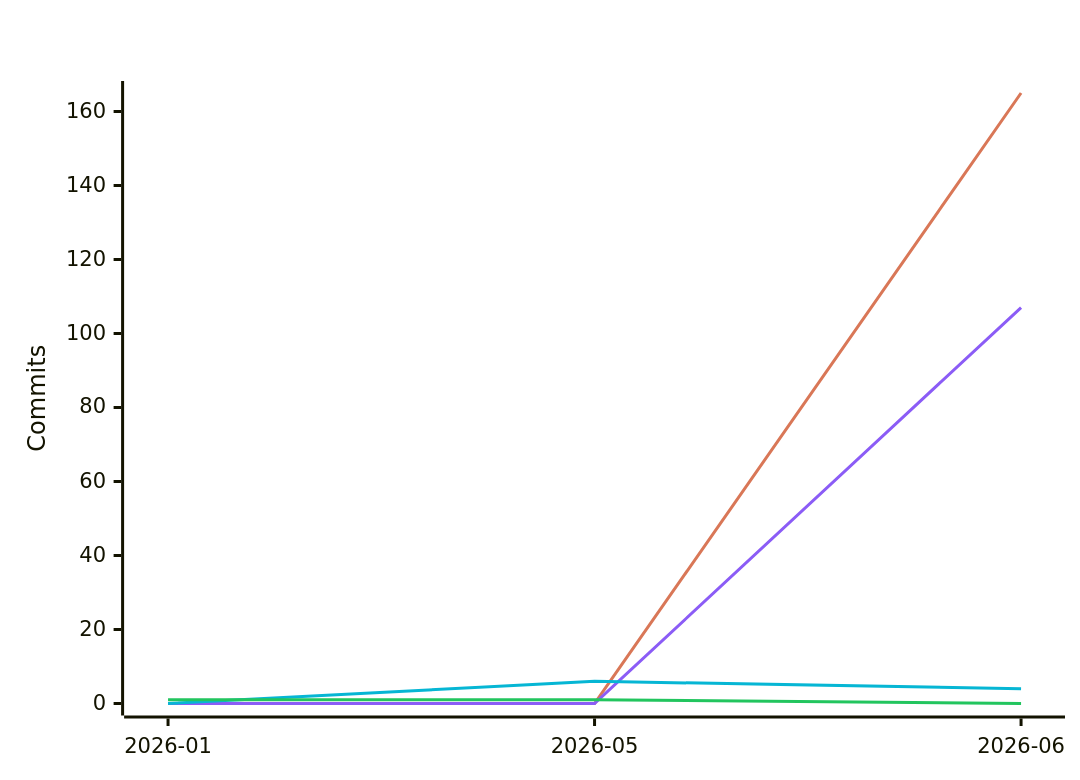
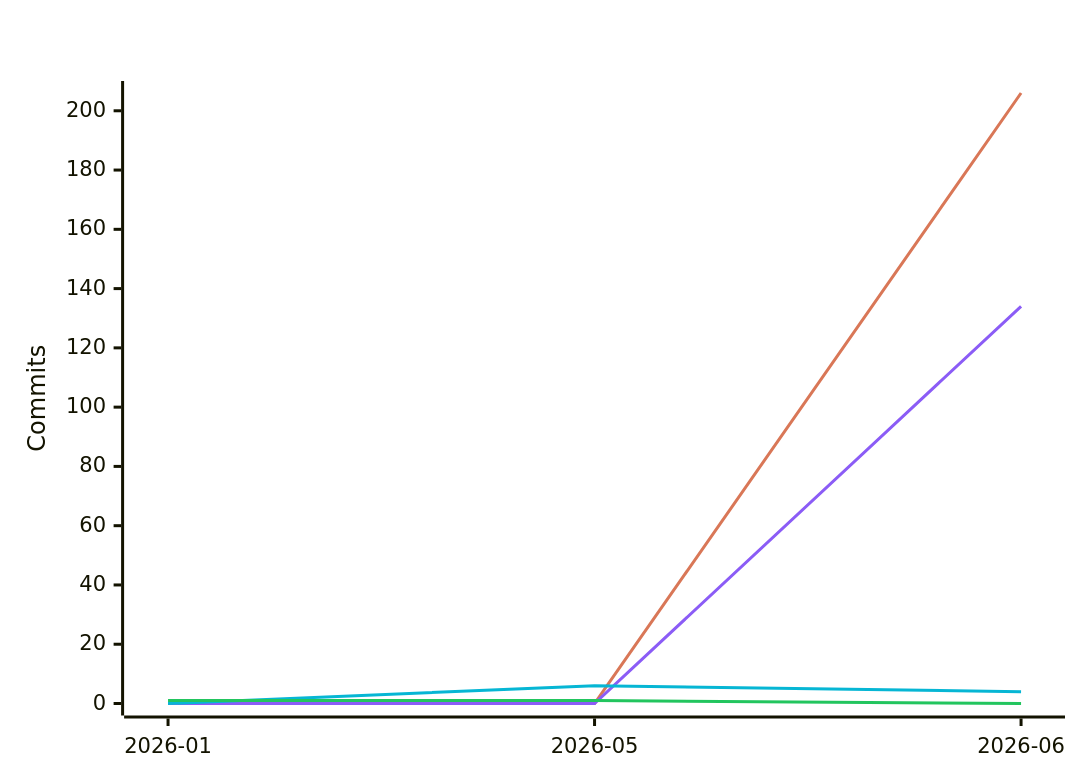
One commit to polo-nyan/polo-nyan changed the fifth of 7 diagrams in README.md. Above: the diagram before and after it, drawn with Mermaid. The commit also changed other lines of this file and 1 other file, not shown here.

````diff
--- a/README.md
+++ b/README.md
@@ -265,11 +265,11 @@
 ```mermaid
 %%{init: {"xyChart": {"titleColor": "#ffffff", "xAxisLabelColor": "#ffffff", "yAxisLabelColor": "#ffffff"}, "themeVariables": {"xyChart": {"titleColor": "#ffffff", "plotColorPalette": "#d97757, #8b5cf6, #06b6d4, #22c55e, #f59e0b, #ec4899"}}}}%%
 xychart-beta
     title "Commits Per Month by Model Family"
     x-axis ["2026-01", "2026-05", "2026-06"]
     y-axis "Commits"
-    line [0, 0, 165]
-    line [0, 0, 107]
+    line [0, 0, 206]
+    line [0, 0, 134]
     line [0, 6, 4]
     line [1, 1, 0]
 ```
````
